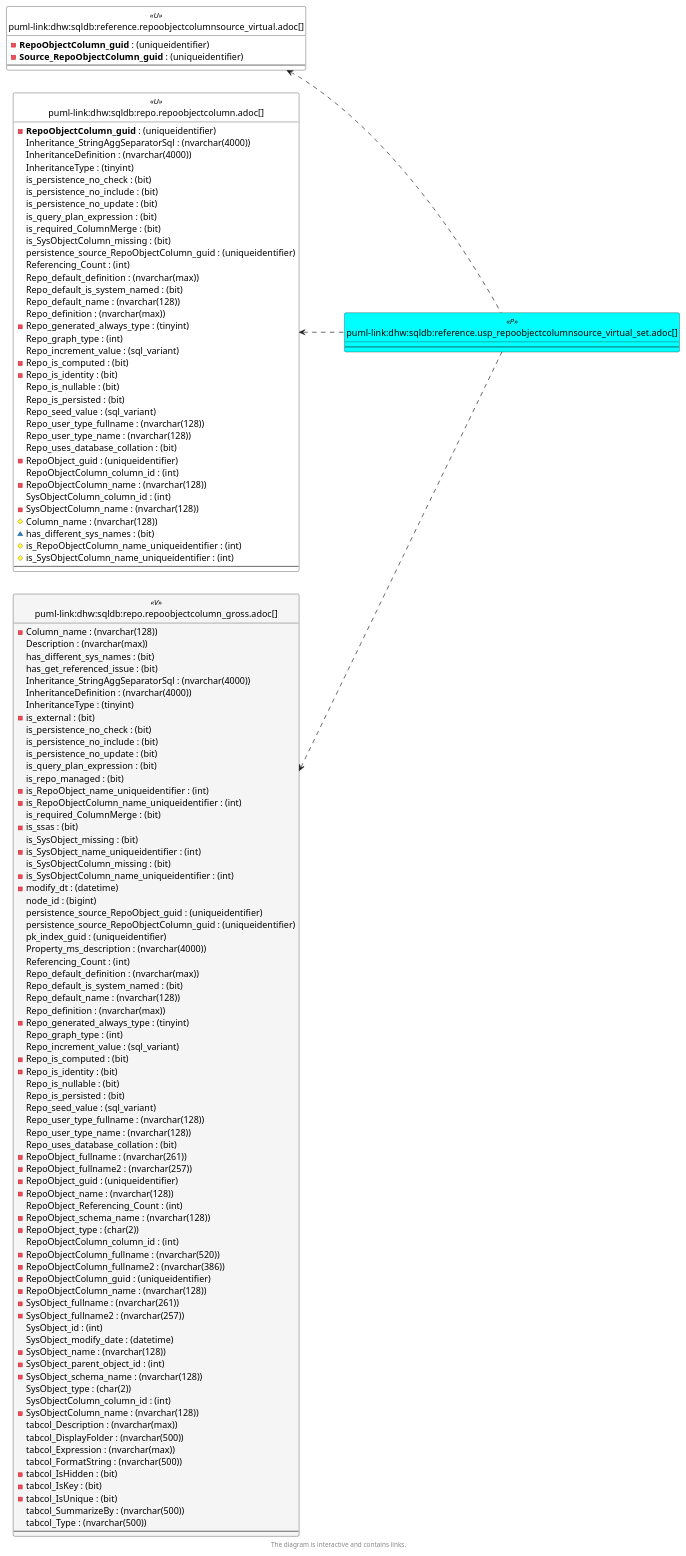
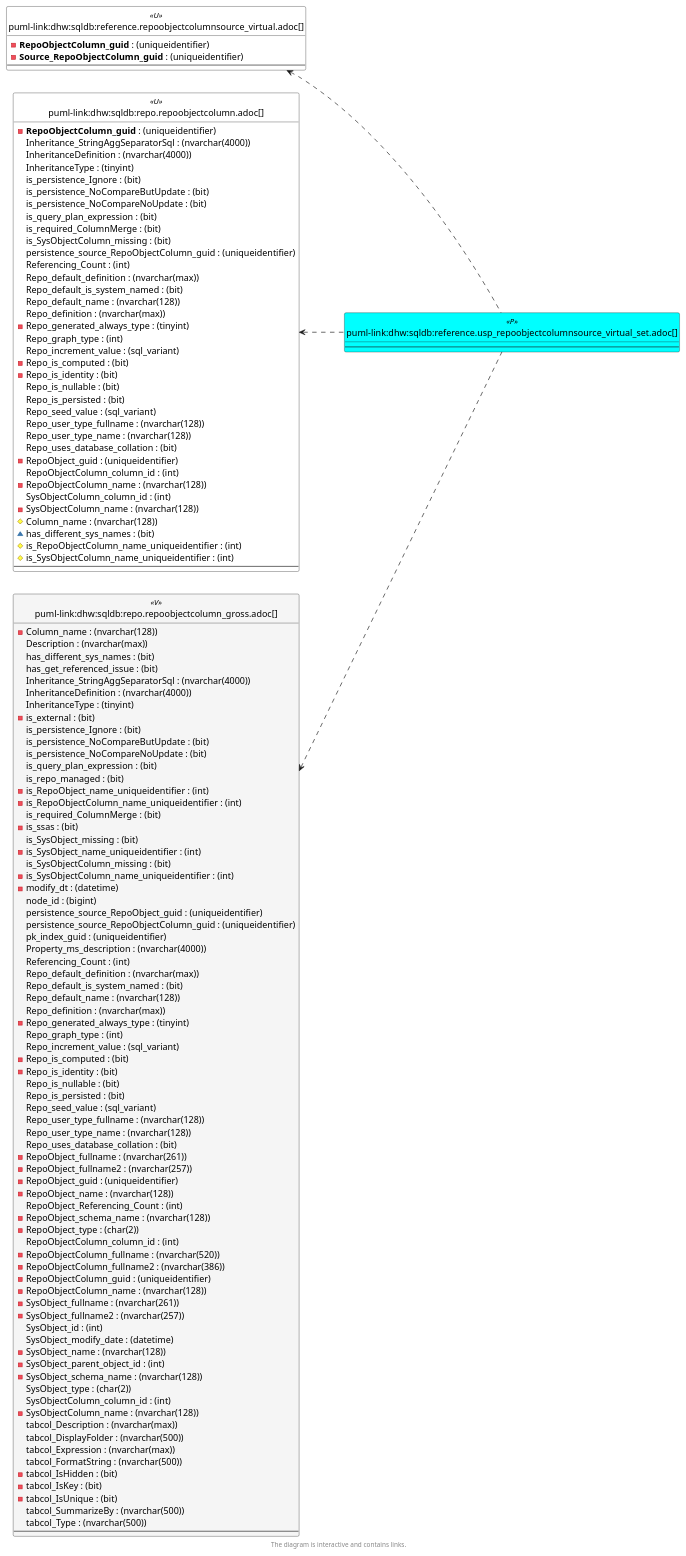
The sixth of 6 diagrams in docs/modules/sqldb/partials/content/reference.usp_repoobjectcolumnsource_virtual_set.adoc (DataHandwerk/dhw-antora-sqldb), drawn with PlantUML before and after one commit. The commit also changed other lines of this file and 751 other files, not shown here.

```diff
--- a/docs/modules/sqldb/partials/content/reference.usp_repoobjectcolumnsource_virtual_set.adoc
+++ b/docs/modules/sqldb/partials/content/reference.usp_repoobjectcolumnsource_virtual_set.adoc
@@ -1183,9 +1185,9 @@
   Inheritance_StringAggSeparatorSql : (nvarchar(4000))
   InheritanceDefinition : (nvarchar(4000))
   InheritanceType : (tinyint)
-  is_persistence_no_check : (bit)
-  is_persistence_no_include : (bit)
-  is_persistence_no_update : (bit)
+  is_persistence_Ignore : (bit)
+  is_persistence_NoCompareButUpdate : (bit)
+  is_persistence_NoCompareNoUpdate : (bit)
   is_query_plan_expression : (bit)
   is_required_ColumnMerge : (bit)
   is_SysObjectColumn_missing : (bit)
@@ -1227,9 +1229,9 @@
   InheritanceDefinition : (nvarchar(4000))
   InheritanceType : (tinyint)
   - is_external : (bit)
-  is_persistence_no_check : (bit)
-  is_persistence_no_include : (bit)
-  is_persistence_no_update : (bit)
+  is_persistence_Ignore : (bit)
+  is_persistence_NoCompareButUpdate : (bit)
+  is_persistence_NoCompareNoUpdate : (bit)
   is_query_plan_expression : (bit)
   is_repo_managed : (bit)
   - is_RepoObject_name_uniqueidentifier : (int)
```
